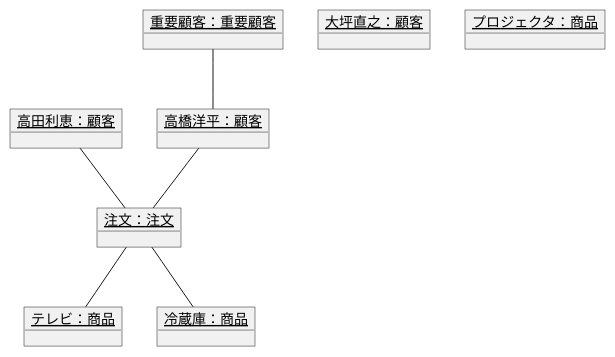
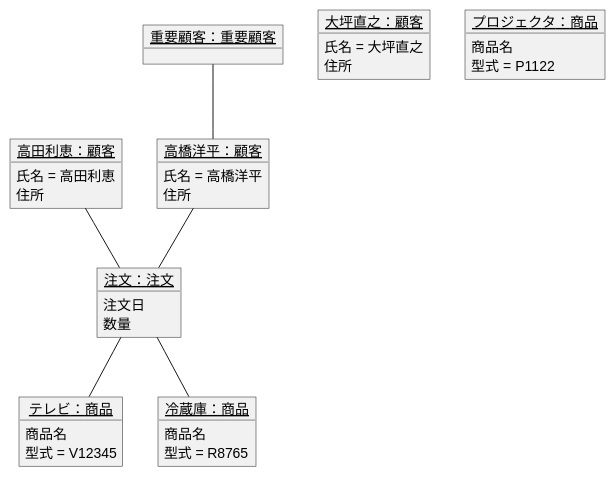
Before and after one commit to eumura123/uml-introduction: the diagram in 演習3-7_OBJ_注文のオブジェクト図.pu, drawn with PlantUML. The commit also changed 1 other file, not shown here.

```diff
--- a/演習3-7_OBJ_注文のオブジェクト図.pu
+++ b/演習3-7_OBJ_注文のオブジェクト図.pu
@@ -1,31 +1,38 @@
 @startuml  
 object "<u>高橋洋平：顧客</u>" as k1{
-
+氏名 = 高橋洋平
+住所
 }
 object "<u>高田利恵：顧客</u>" as k2{
-
+氏名 = 高田利恵
+住所
 }
 object "<u>大坪直之：顧客</u>" as k3{
-
+氏名 = 大坪直之
+住所
 }
 object "<u>テレビ：商品</u>" as s1{
-
+商品名
+型式 = V12345
 }
 object "<u>冷蔵庫：商品</u>" as s2{
-
+商品名
+型式 = R8765
 }
 object "<u>プロジェクタ：商品</u>" as s3{
-
+商品名
+型式 = P1122
 }
 object "<u>注文：注文</u>" as t1{
-
+注文日
+数量
 }
 object "<u>重要顧客：重要顧客</u>" as j{
 
 }
 j -- k1
 k1 -- t1
 k2 -- t1
 t1 -- s1
 t1 -- s2
 @enduml
```
